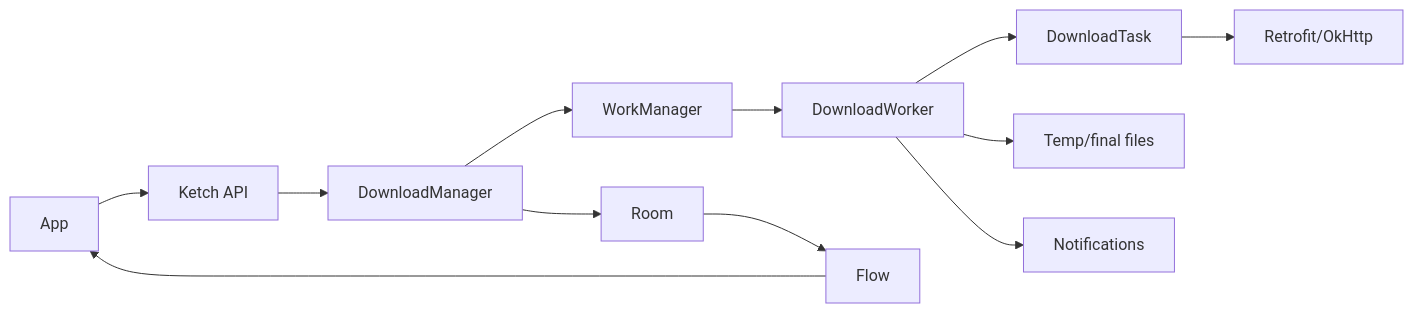
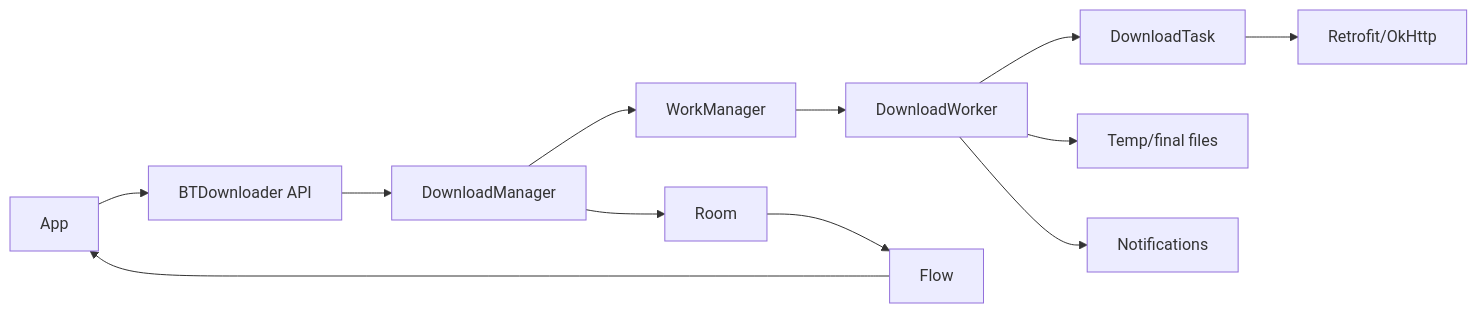
One commit to sherafatpour/BTDownloader changed the diagram in README.md. Above: the diagram before and after it, drawn with Mermaid. The commit also changed other lines of this file and 14 other files, not shown here.

````diff
--- a/README.md
+++ b/README.md
@@ -351,14 +353,14 @@
 ```mermaid
 flowchart LR
-    App["App"] --> Ketch["Ketch API"]
-    Ketch --> Manager["DownloadManager"]
+    App["App"] --> BTDownloader["BTDownloader API"]
+    BTDownloader --> Manager["DownloadManager"]
     Manager --> Room["Room"]
     Manager --> WorkManager["WorkManager"]
     WorkManager --> Worker["DownloadWorker"]
     Worker --> Task["DownloadTask"]
     Task --> Retrofit["Retrofit/OkHttp"]
     Worker --> Files["Temp/final files"]
     Worker --> Notifications["Notifications"]
     Room --> Flow["Flow<DownloadModel>"]
     Flow --> App
 ```
````
